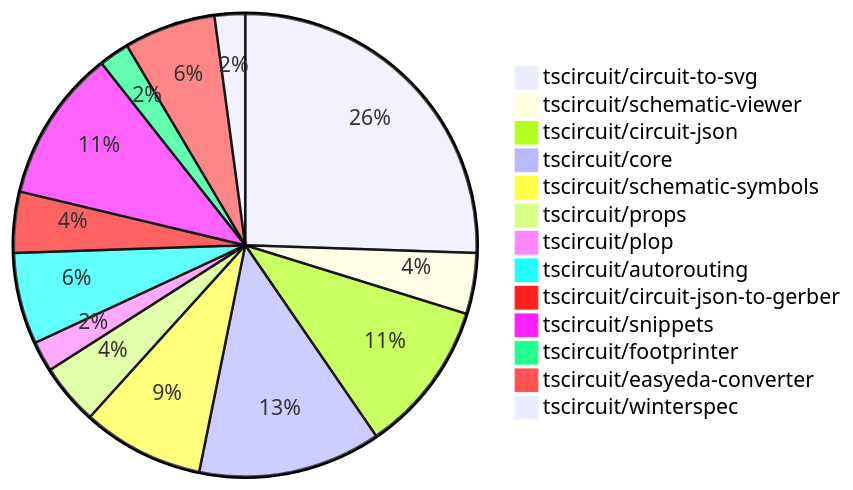
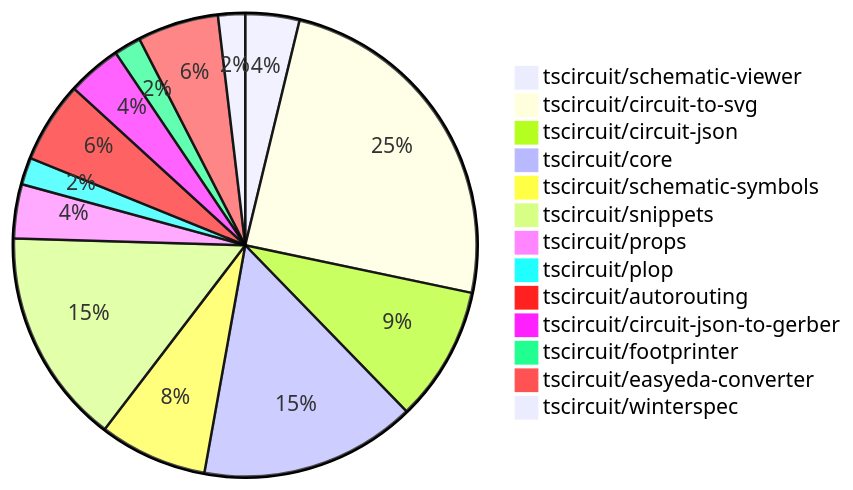
One commit to tscircuit/contribution-tracker changed the diagram in README.md. Above: the diagram before and after it, drawn with Mermaid. The commit also changed other lines of this file and 1 other file, not shown here.

````diff
--- a/README.md
+++ b/README.md
@@ -24,16 +24,16 @@
 ```mermaid
 pie
-    "tscircuit/circuit-to-svg" : 12
     "tscircuit/schematic-viewer" : 2
+    "tscircuit/circuit-to-svg" : 13
     "tscircuit/circuit-json" : 5
-    "tscircuit/core" : 6
+    "tscircuit/core" : 8
     "tscircuit/schematic-symbols" : 4
+    "tscircuit/snippets" : 8
     "tscircuit/props" : 2
     "tscircuit/plop" : 1
     "tscircuit/autorouting" : 3
     "tscircuit/circuit-json-to-gerber" : 2
-    "tscircuit/snippets" : 5
     "tscircuit/footprinter" : 1
     "tscircuit/easyeda-converter" : 3
     "tscircuit/winterspec" : 1
 ```
````
